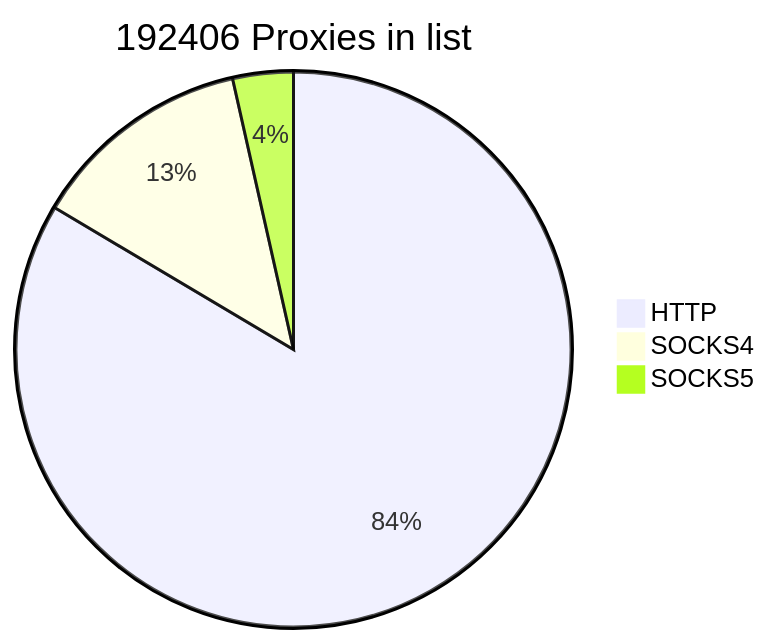
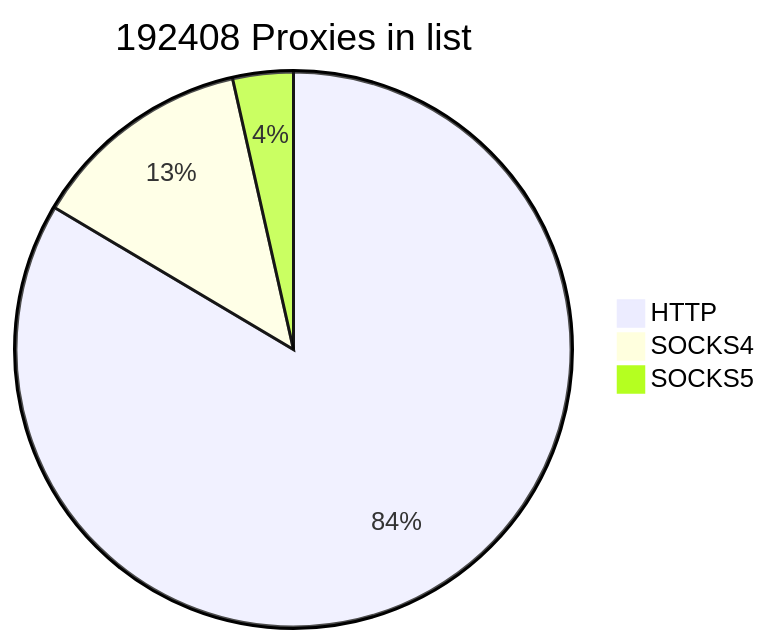
Before and after one commit to cutipu/proxylist: the first of 2 diagrams in README.md, drawn with Mermaid. The commit also changed other lines of this file, not shown here.

````diff
--- a/README.md
+++ b/README.md
@@ -2,7 +2,7 @@
 ```mermaid
-pie title 192406 Proxies in list
-    "HTTP" : 160723
-    "SOCKS4" : 24908
+pie title 192408 Proxies in list
+    "HTTP" : 160724
+    "SOCKS4" : 24909
     "SOCKS5" : 6775
             
 ```
````
